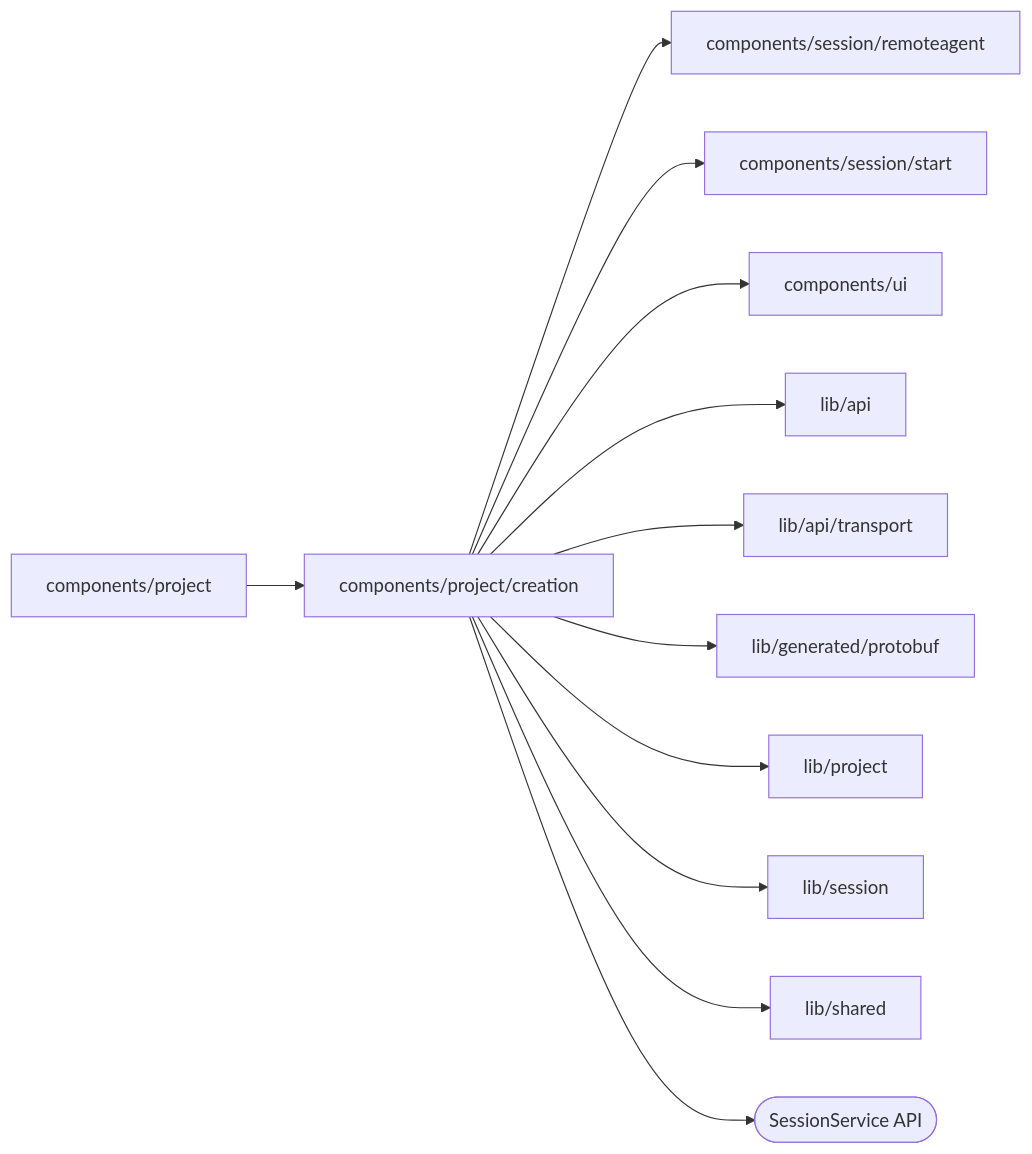
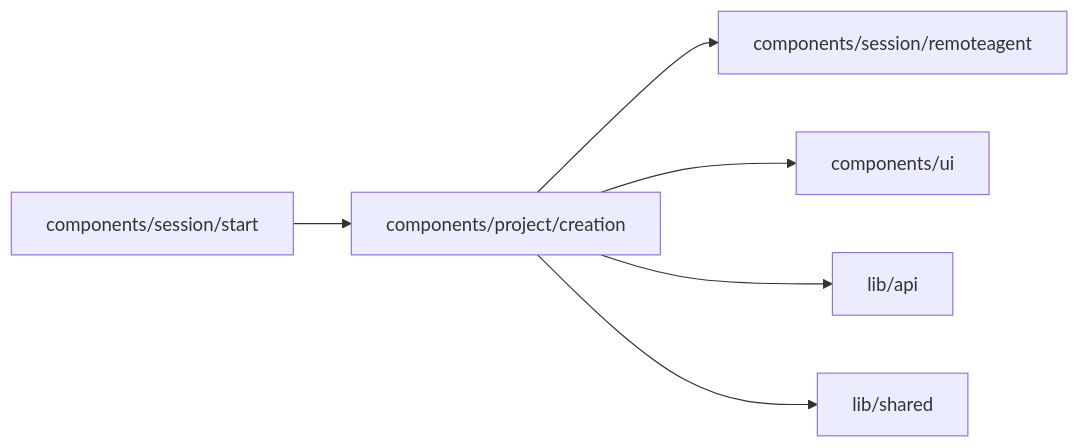
Before and after one commit to superdurable/superverse: the diagram in web/studio/components/project/creation/README.md, drawn with Mermaid. The commit also changed other lines of this file and 31 other files, not shown here.

````diff
--- a/web/studio/components/project/creation/README.md
+++ b/web/studio/components/project/creation/README.md
@@ -10,15 +10,9 @@
 ```mermaid
 flowchart LR
   self["components/project/creation"]
-  c0["components/project"] --> self
+  c0["components/session/start"] --> self
   self --> d0["components/session/remoteagent"]
-  self --> d1["components/session/start"]
-  self --> d2["components/ui"]
-  self --> d3["lib/api"]
-  self --> d4["lib/api/transport"]
-  self --> d5["lib/generated/protobuf"]
-  self --> d6["lib/project"]
-  self --> d7["lib/session"]
-  self --> d8["lib/shared"]
-  self --> e0(["SessionService API"])
+  self --> d1["components/ui"]
+  self --> d2["lib/api"]
+  self --> d3["lib/shared"]
 ```
````
